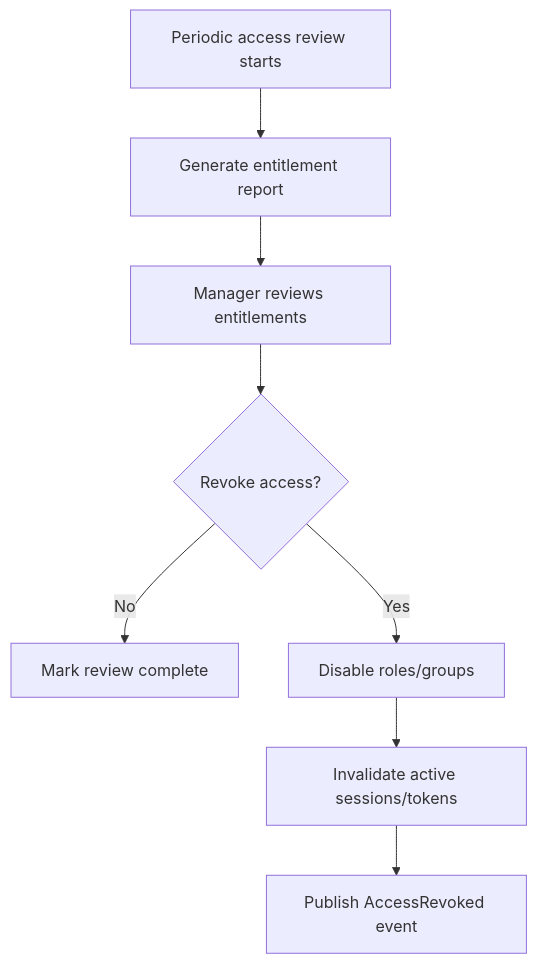
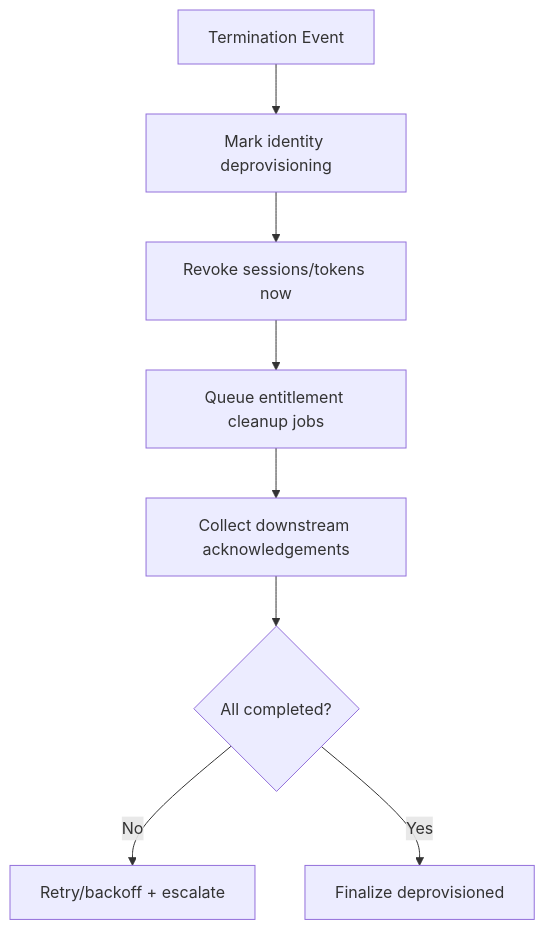
One commit to 0Ankit0/Project-Ideas changed the second of 2 diagrams in Identity and Access Management Platform/analysis/activity-diagrams.md. Above: the diagram before and after it, drawn with Mermaid. The commit also changed other lines of this file and 37 other files, not shown here.

````diff
--- a/Identity and Access Management Platform/analysis/activity-diagrams.md
+++ b/Identity and Access Management Platform/analysis/activity-diagrams.md
@@ -33,10 +19,10 @@
 ```mermaid
 flowchart TD
-    A[Periodic access review starts] --> B[Generate entitlement report]
-    B --> C[Manager reviews entitlements]
-    C --> D{Revoke access?}
-    D -- No --> E[Mark review complete]
-    D -- Yes --> F[Disable roles/groups]
-    F --> G[Invalidate active sessions/tokens]
-    G --> H[Publish AccessRevoked event]
+    T[Termination Event] --> U[Mark identity deprovisioning]
+    U --> V[Revoke sessions/tokens now]
+    V --> W[Queue entitlement cleanup jobs]
+    W --> X[Collect downstream acknowledgements]
+    X --> Y{All completed?}
+    Y -->|No| Z[Retry/backoff + escalate]
+    Y -->|Yes| AA[Finalize deprovisioned]
 ```
````
